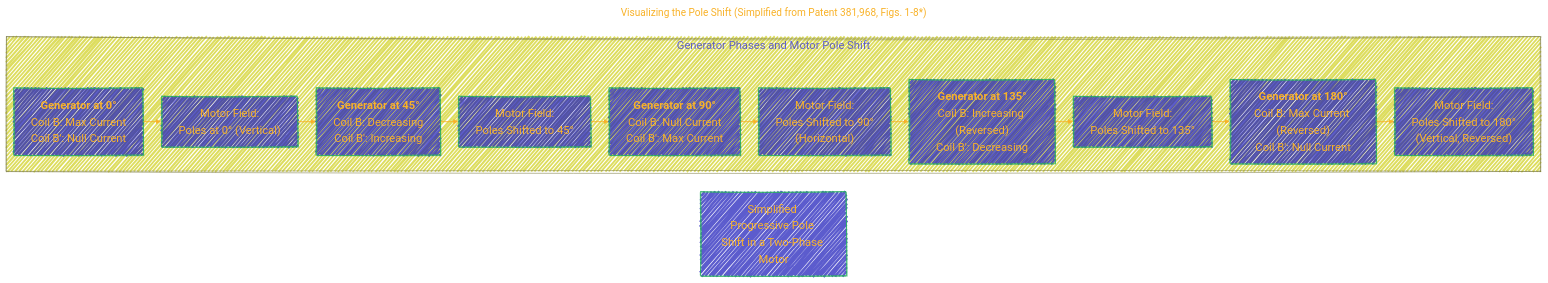
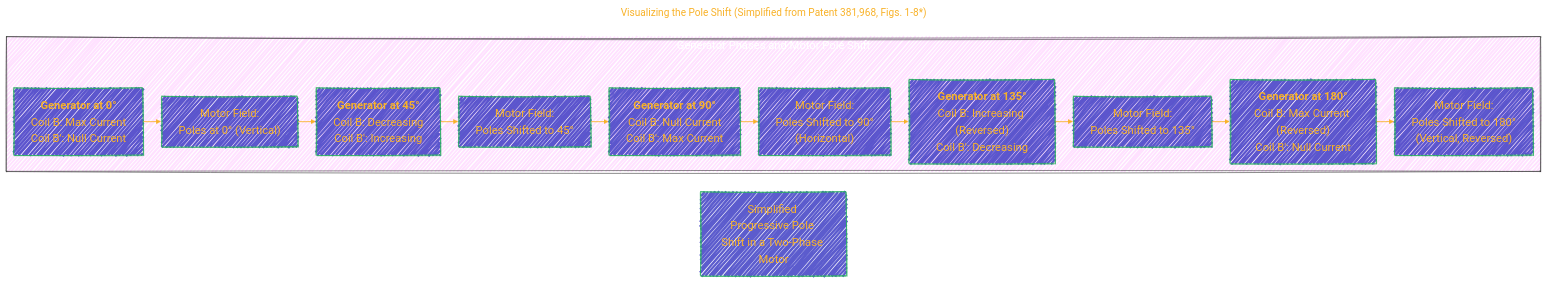
Before and after one commit to CongLeSolutionX/Nikola_Tesla: the fourth of 14 diagrams in BOOK_Transmission_of_Power_POLYPHASE_SYSTEM_Tesla_patents/BOOK_Transmission_of_Power_POLYPHASE_SYSTEM_Tesla_patents.md, drawn with Mermaid. The commit also changed other lines of this file, not shown here.

````diff
--- a/BOOK_Transmission_of_Power_POLYPHASE_SYSTEM_Tesla_patents/BOOK_Transmission_of_Power_POLYPHASE_SYSTEM_Tesla_patents.md
+++ b/BOOK_Transmission_of_Power_POLYPHASE_SYSTEM_Tesla_patents/BOOK_Transmission_of_Power_POLYPHASE_SYSTEM_Tesla_patents.md
@@ -251,50 +259,51 @@
 ```mermaid
 ---
 title: "Visualizing the Pole Shift (Simplified from Patent 381,968, Figs. 1-8*)"
 author: "Cong Le"
 version: "1.0"
 license(s): "MIT, CC BY-SA 4.0"
 copyright: "Copyright (c) 2025 Cong Le. All Rights Reserved."
 config:
   layout: elk
   theme: base
   look: handDrawn
 ---
 %%%%%%%% Mermaid version v11.4.1-b.14
 %%%%%%%% Available curve styles include the following keywords:
 %% basis, bumpX, bumpY, cardinal, catmullRom, linear, monotoneX, monotoneY, natural, step, stepAfter, stepBefore.
 %%{
   init: {
     'flowchart': { 'htmlLabels': true, 'curve': 'basis' },
     'fontFamily': 'American Typewriter, monospace',
     'logLevel': 'fatal',
     'themeVariables': {
       'primaryColor': '#22BB',
       'primaryTextColor': '#F8B229',
       'lineColor': '#F8B229',
       'primaryBorderColor': '#27AE60',
       'secondaryColor': '#E2F1',
       'secondaryTextColor': '#6C3483',
       'secondaryBorderColor': '#A569BD',
       'fontSize': '20px'
     }
   }
 }%%
 flowchart LR
     subgraph Generator_Phases_and_Motor_Pole_Shift["Generator Phases and Motor Pole Shift"]
+    style Generator_Phases_and_Motor_Pole_Shift fill:#F2F2,stroke:#333,stroke-width:1px, color: #FFFF
     direction LR
         P0["<b>Generator at 0°</b><br>Coil B: Max Current<br/>Coil B': Null Current"] --> M0["Motor Field:<br/>Poles at 0° (Vertical)"]
         P45["<b>Generator at 45°</b><br>Coil B: Decreasing<br>Coil B': Increasing"] --> M45["Motor Field:<br/>Poles Shifted to 45°"]
         P90["<b>Generator at 90°</b><br/>Coil B: Null Current<br>Coil B': Max Current"] --> M90["Motor Field:<br>Poles Shifted to 90°<br/>(Horizontal)"]
         P135["<b>Generator at 135°</b><br>Coil B: Increasing (Reversed)<br/>Coil B': Decreasing"] --> M135["Motor Field:<br>Poles Shifted to 135°"]
         P180["<b>Generator at 180°</b><br>Coil B: Max Current (Reversed)<br>Coil B': Null Current"] --> M180["Motor Field:<br>Poles Shifted to 180° <br/>(Vertical, Reversed)"]
         
         %%% Layout hints
         M135 --> P180
         M90 --> P135
         M45 --> P90
         M0 --> P45
         
     end
     Title["Simplified Progressive Pole Shift in a Two-Phase Motor"]
 ```
````
